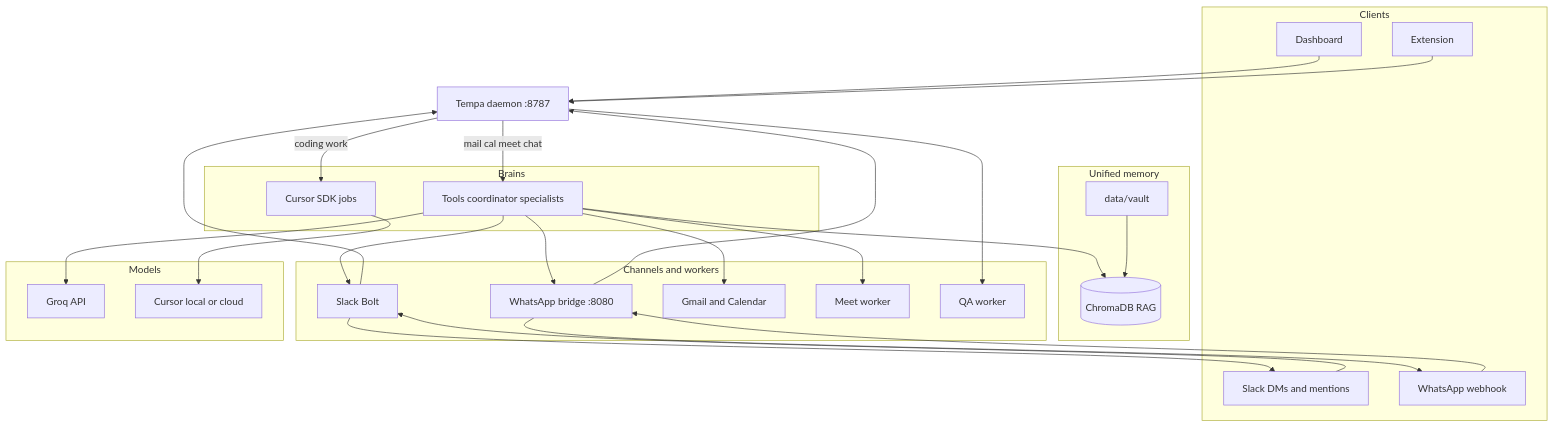
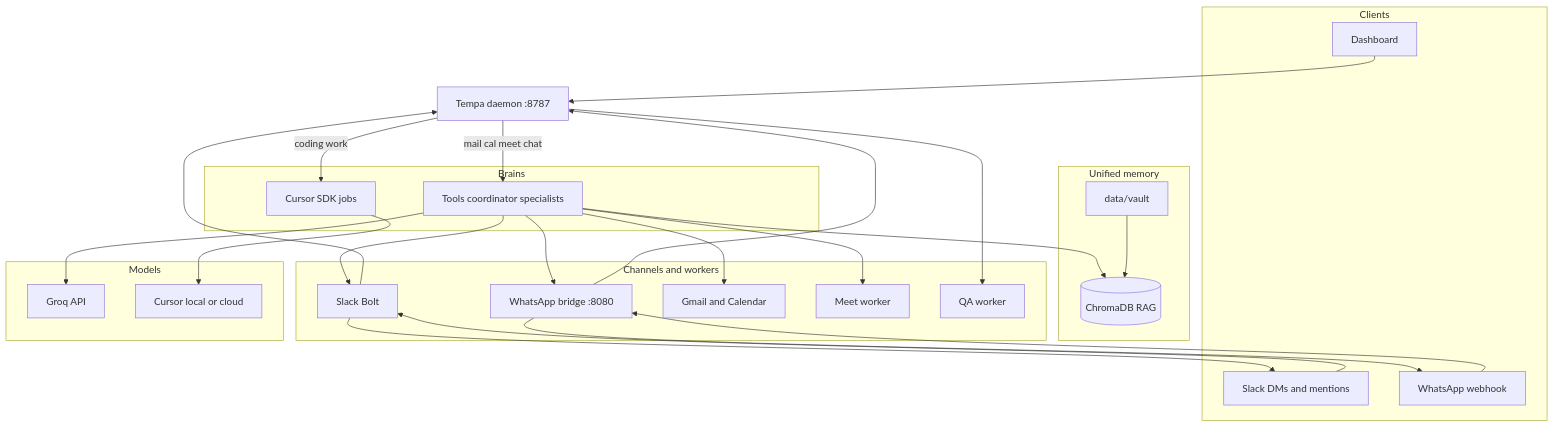
Before and after one commit to Haroon966/Tempa: the first of 4 diagrams in README.md, drawn with Mermaid. The commit also changed other lines of this file and 72 other files, not shown here.

````diff
--- a/README.md
+++ b/README.md
@@ -72,53 +71,51 @@
 ```mermaid
 flowchart TB
     subgraph clients [Clients]
         Dashboard[Dashboard]
-        Extension[Extension]
         SlackIn[Slack DMs and mentions]
         WhatsAppIn[WhatsApp webhook]
     end
 
     Daemon["Tempa daemon :8787"]
 
     subgraph brain [Brains]
         Coord[Tools coordinator specialists]
         CursorJobs[Cursor SDK jobs]
     end
 
     subgraph memory [Unified memory]
         Chroma[(ChromaDB RAG)]
         Vault[data/vault]
     end
 
     subgraph channels [Channels and workers]
         SlackOut[Slack Bolt]
         WhatsAppBridge[WhatsApp bridge :8080]
         GoogleAPIs[Gmail and Calendar]
         MeetWorker[Meet worker]
         QAWorker[QA worker]
     end
 
     subgraph llm [Models]
         Groq[Groq API]
         CursorSDK[Cursor local or cloud]
     end
 
     Dashboard --> Daemon
-    Extension --> Daemon
     SlackIn --> SlackOut --> Daemon
     WhatsAppIn --> WhatsAppBridge --> Daemon
 
     Daemon -->|"mail cal meet chat"| Coord
     Daemon -->|"coding work"| CursorJobs
     Coord --> Groq
     Coord --> Chroma
     Coord --> GoogleAPIs
     Coord --> SlackOut
     Coord --> WhatsAppBridge
     Coord --> MeetWorker
     CursorJobs --> CursorSDK
     Vault --> Chroma
     Daemon --> QAWorker
     SlackOut --> SlackIn
     WhatsAppBridge --> WhatsAppIn
 ```
````
